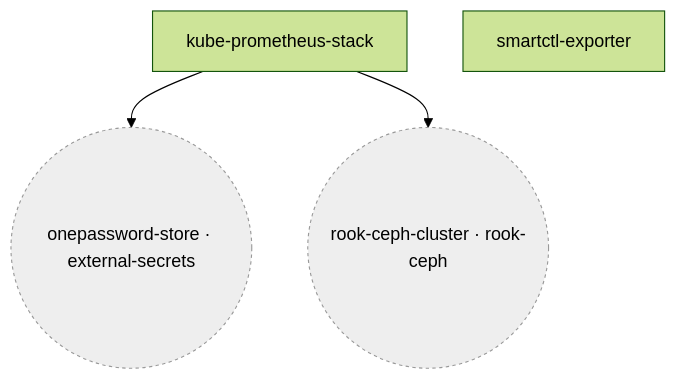
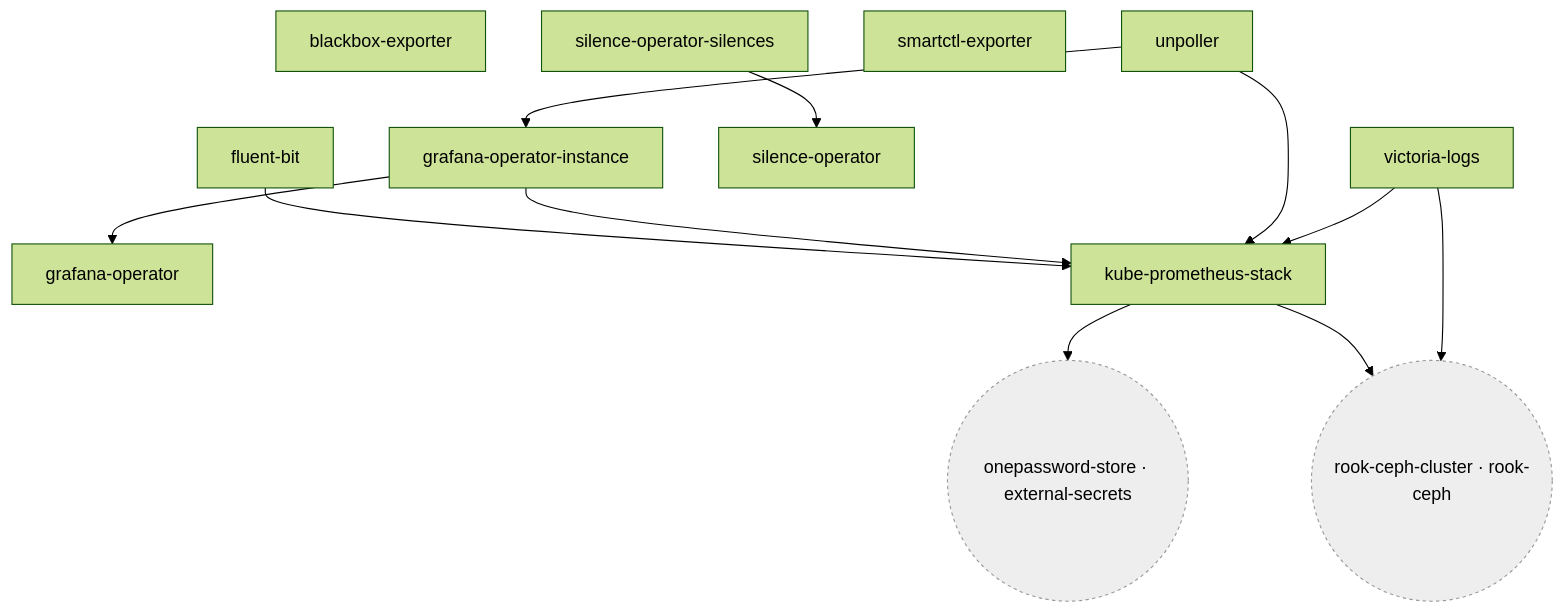
Diagram 16 of 21 in docs/CLUSTER.md (qnimbus/home-lab), drawn with Mermaid (forest theme) before and after one commit. The commit also changed other lines of this file and 19 other files, not shown here.

````diff
--- a/docs/CLUSTER.md
+++ b/docs/CLUSTER.md
@@ -1132,10 +1235,26 @@
 ```mermaid
 flowchart TD
+  flux_system_blackbox_exporter["blackbox-exporter"]
+  flux_system_fluent_bit["fluent-bit"]
+  flux_system_grafana_operator["grafana-operator"]
+  flux_system_grafana_operator_instance["grafana-operator-instance"]
   flux_system_kube_prometheus_stack["kube-prometheus-stack"]
+  flux_system_silence_operator["silence-operator"]
+  flux_system_silence_operator_silences["silence-operator-silences"]
   flux_system_smartctl_exporter["smartctl-exporter"]
+  flux_system_unpoller["unpoller"]
+  flux_system_victoria_logs["victoria-logs"]
   flux_system_onepassword_store(("onepassword-store · external-secrets")):::external
   flux_system_rook_ceph_cluster(("rook-ceph-cluster · rook-ceph")):::external
+  flux_system_fluent_bit --> flux_system_kube_prometheus_stack
+  flux_system_grafana_operator_instance --> flux_system_grafana_operator
+  flux_system_grafana_operator_instance --> flux_system_kube_prometheus_stack
   flux_system_kube_prometheus_stack --> flux_system_onepassword_store
   flux_system_kube_prometheus_stack --> flux_system_rook_ceph_cluster
+  flux_system_silence_operator_silences --> flux_system_silence_operator
+  flux_system_unpoller --> flux_system_grafana_operator_instance
+  flux_system_unpoller --> flux_system_kube_prometheus_stack
+  flux_system_victoria_logs --> flux_system_kube_prometheus_stack
+  flux_system_victoria_logs --> flux_system_rook_ceph_cluster
   classDef external fill:#eee,stroke:#999,stroke-dasharray: 3 3
 ```
````
